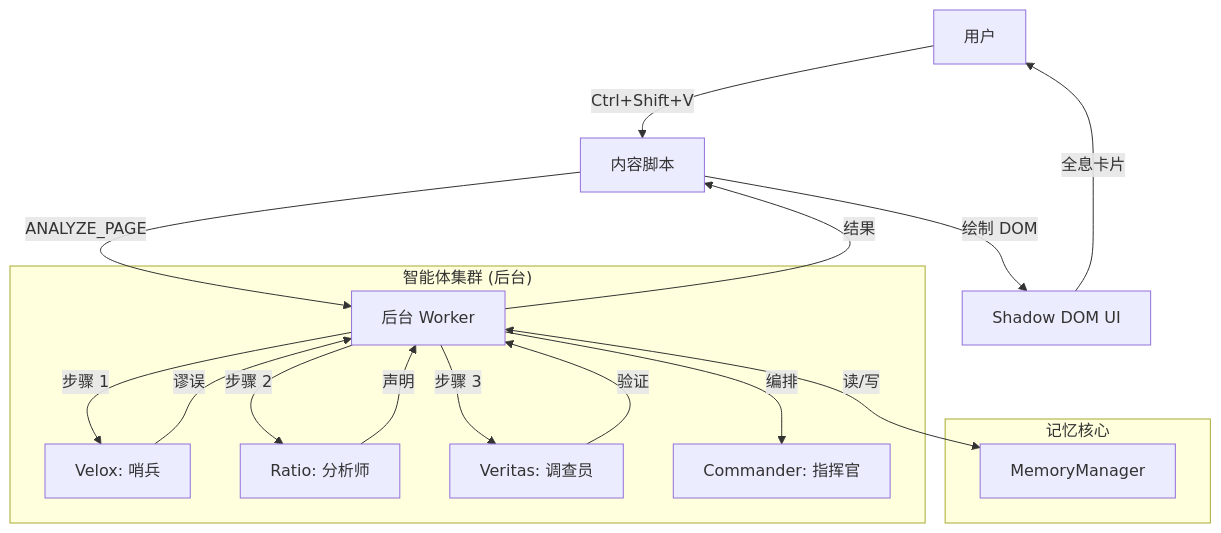
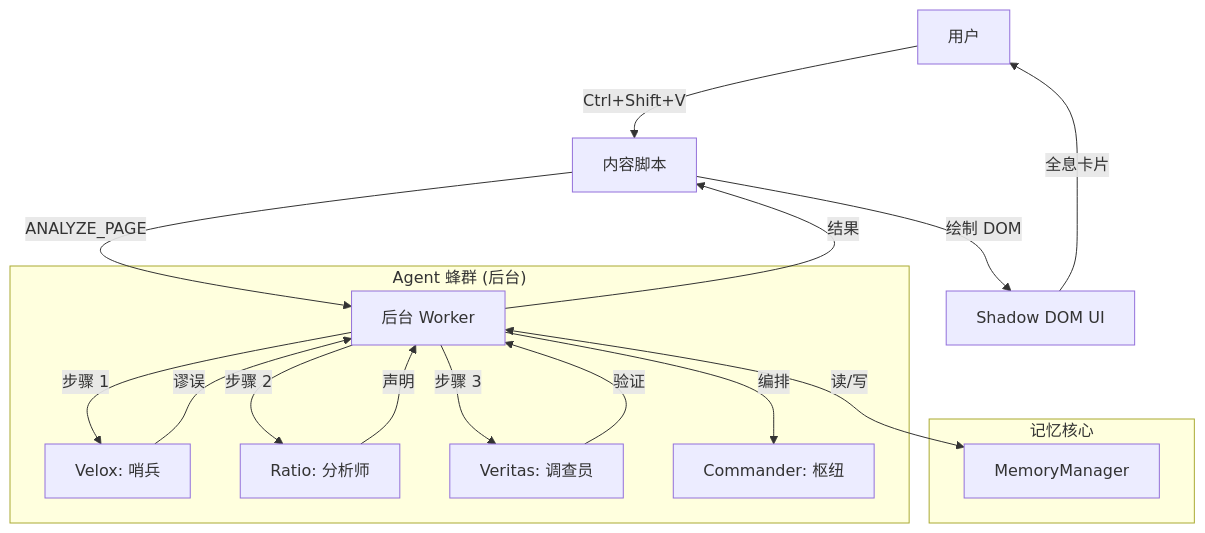
One commit to mqingcs/Project-VERITAS-The-Digital-Truth-Lens changed the diagram in Project-Guide-Chinese.md. Above: the diagram before and after it, drawn with Mermaid. The commit also changed other lines of this file, not shown here.

````diff
--- a/Project-Guide-Chinese.md
+++ b/Project-Guide-Chinese.md
@@ -278,27 +332,27 @@
 ```mermaid
 flowchart TD
     User[用户] -->|Ctrl+Shift+V| CS[内容脚本]
     CS -->|ANALYZE_PAGE| BG[后台 Worker]
     
-    subgraph "智能体集群 (后台)"
+    subgraph "Agent 蜂群 (后台)"
         BG -->|步骤 1| Velox[Velox: 哨兵]
         Velox -->|谬误| BG
         
         BG -->|步骤 2| Ratio[Ratio: 分析师]
         Ratio -->|声明| BG
         
         BG -->|步骤 3| Veritas[Veritas: 调查员]
         Veritas -->|验证| BG
         
-        BG -->|编排| Commander[Commander: 指挥官]
+        BG -->|编排| Commander[Commander: 枢纽]
     end
     
     subgraph "记忆核心"
         Mem[MemoryManager]
         BG <-->|读/写| Mem
     end
     
     BG -->|结果| CS
     CS -->|绘制 DOM| UI[Shadow DOM UI]
     UI -->|全息卡片| User
 ```
````
